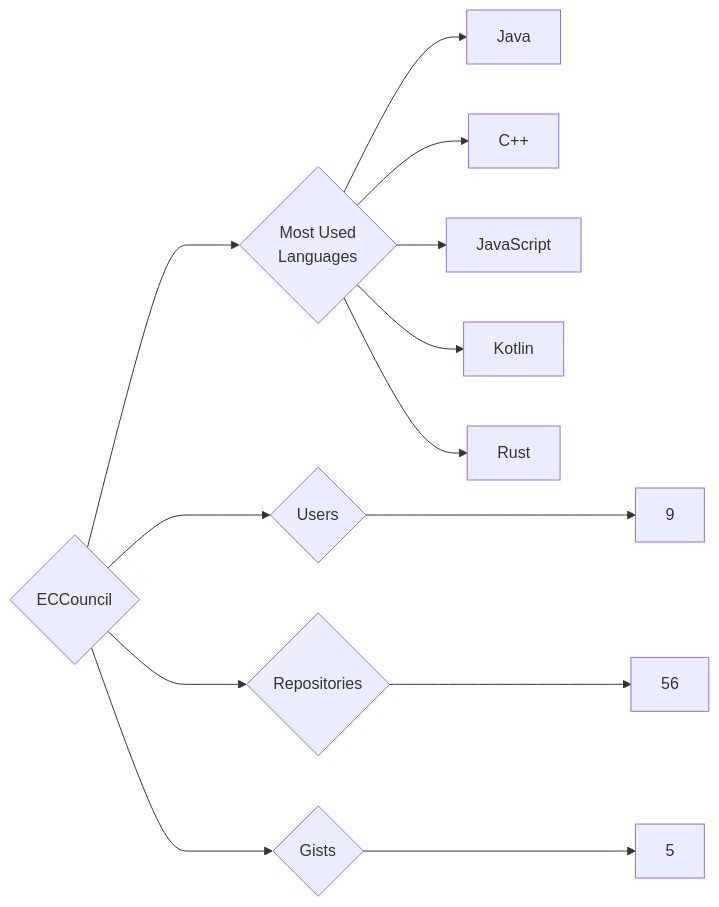
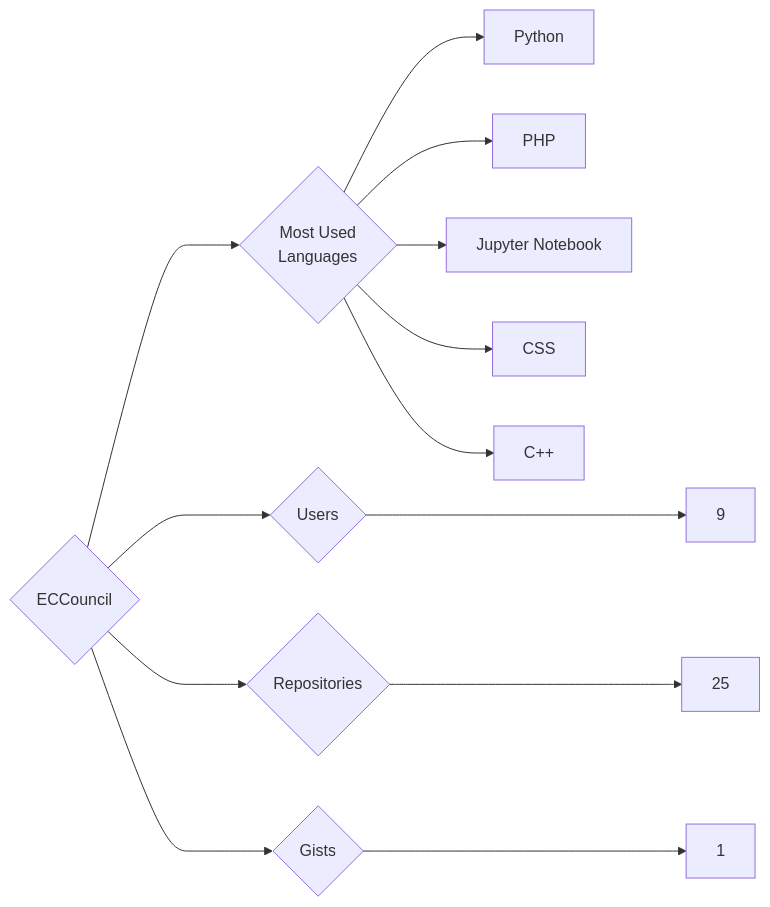
One commit to trickest/insiders changed the diagram in targets/ECCouncil/README.md. Above: the diagram before and after it, drawn with Mermaid. The commit also changed 1238 other files, not shown here.

````diff
--- a/targets/ECCouncil/README.md
+++ b/targets/ECCouncil/README.md
@@ -3,13 +3,13 @@
 ```mermaid
 graph LR
 COMPANY_NAME{ECCouncil}
 COMPANY_NAME ---> U{Users} ---> UN[9]
-COMPANY_NAME ---> R{Repositories} ---> RN[56]
-COMPANY_NAME ---> G{Gists} ---> GN[5]
+COMPANY_NAME ---> R{Repositories} ---> RN[25]
+COMPANY_NAME ---> G{Gists} ---> GN[1]
 COMPANY_NAME ---> ML{Most Used<br>Languages}
-ML --> Java[Java]
+ML --> Python[Python]
+ML --> PHP[PHP]
+ML --> Jupyter_Notebook[Jupyter Notebook]
+ML --> CSS[CSS]
 ML --> C++[C++]
-ML --> JavaScript[JavaScript]
-ML --> Kotlin[Kotlin]
-ML --> Rust[Rust]
 ```
````
